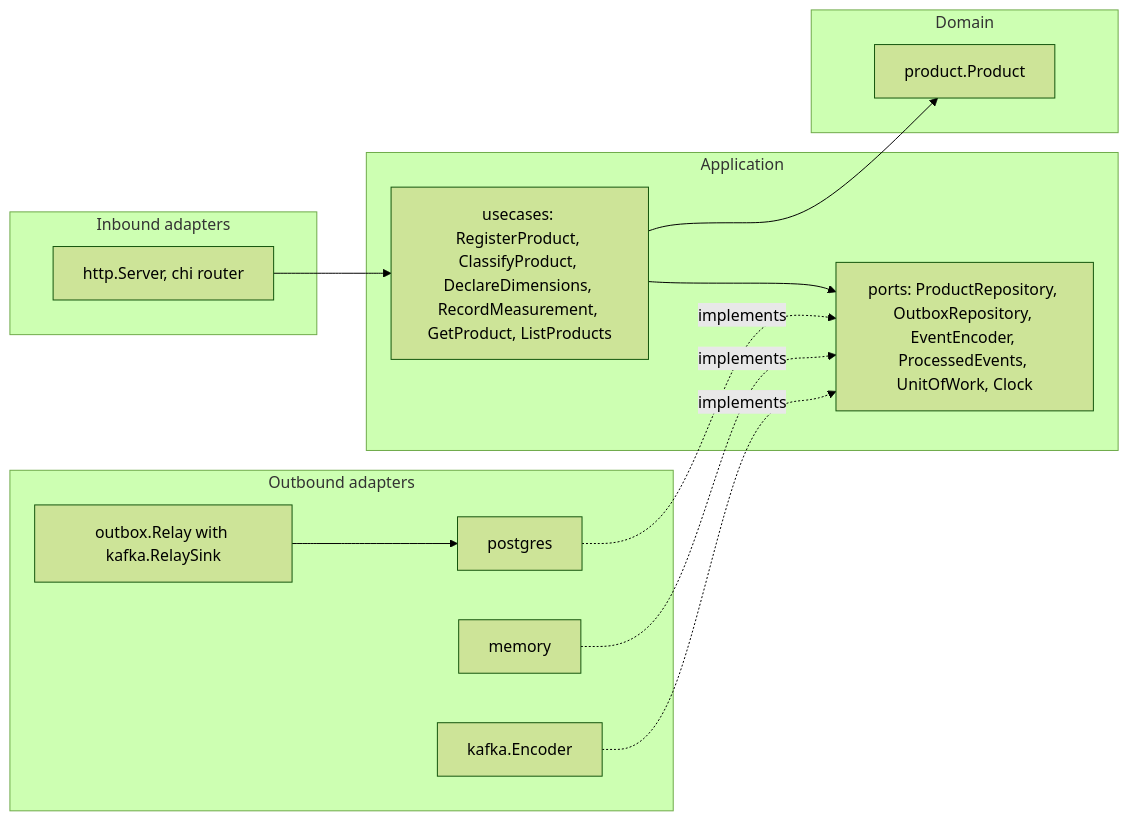
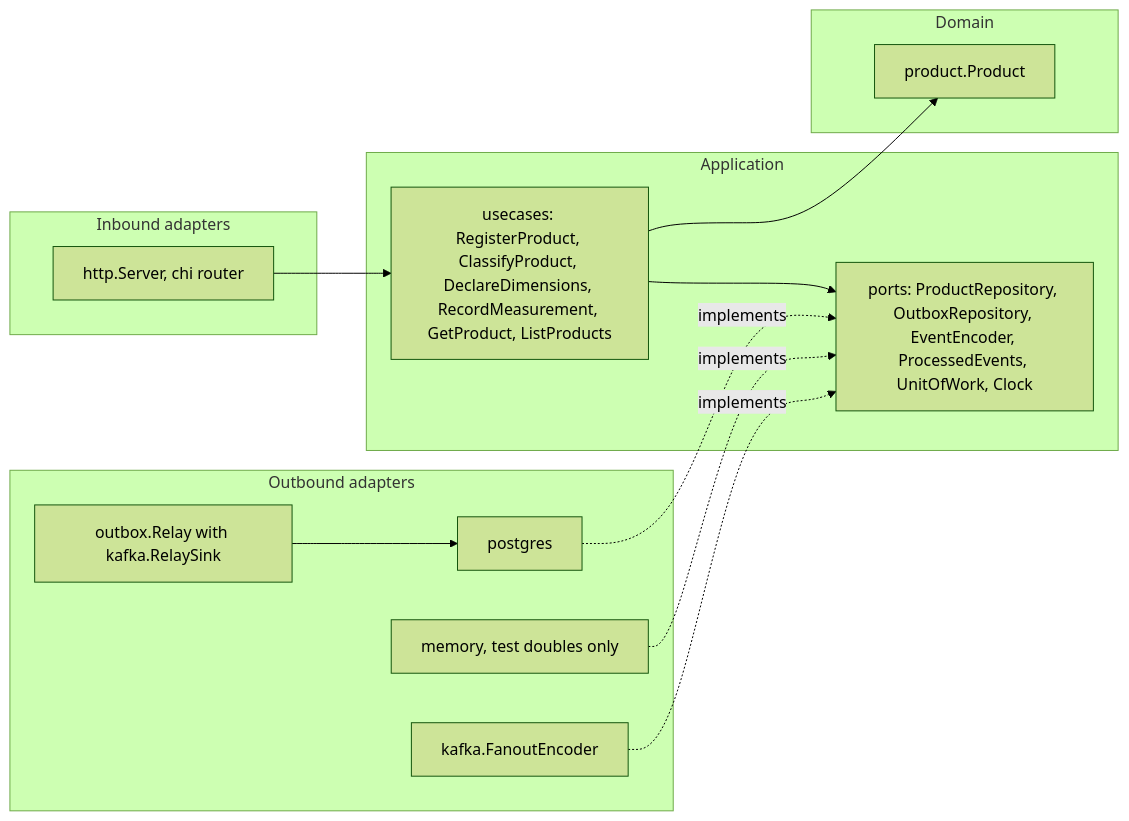
One commit to IQVO/product-master changed the fourth of 4 diagrams in docs/docs/ddd/class-diagram.md. Above: the diagram before and after it, drawn with Mermaid (forest theme). The commit also changed other lines of this file and 13 other files, not shown here.

````diff
--- a/docs/docs/ddd/class-diagram.md
+++ b/docs/docs/ddd/class-diagram.md
@@ -264,26 +273,26 @@
 ```mermaid
 flowchart LR
   subgraph inbound[Inbound adapters]
     HTTP[http.Server, chi router]
   end
   subgraph app[Application]
     UC[usecases: RegisterProduct, ClassifyProduct, DeclareDimensions, RecordMeasurement, GetProduct, ListProducts]
     PORTS[ports: ProductRepository, OutboxRepository, EventEncoder, ProcessedEvents, UnitOfWork, Clock]
   end
   subgraph domain[Domain]
     PROD[product.Product]
   end
   subgraph outbound[Outbound adapters]
     PG[postgres]
-    MEM[memory]
-    ENC[kafka.Encoder]
+    MEM[memory, test doubles only]
+    ENC[kafka.FanoutEncoder]
     REL[outbox.Relay with kafka.RelaySink]
   end
   HTTP --> UC
   UC --> PROD
   UC --> PORTS
   PG -. implements .-> PORTS
   MEM -. implements .-> PORTS
   ENC -. implements .-> PORTS
   REL --> PG
 ```
````
